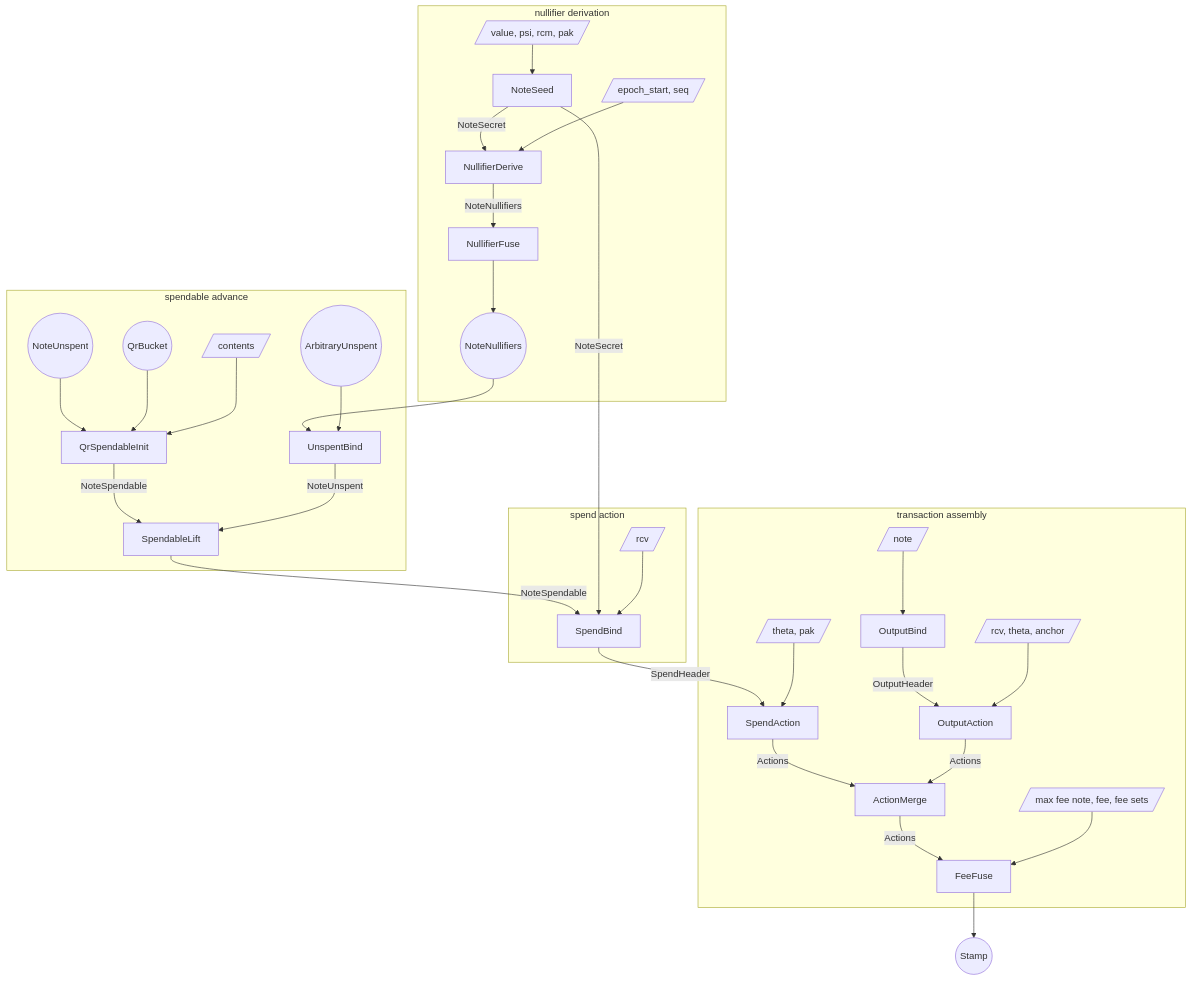
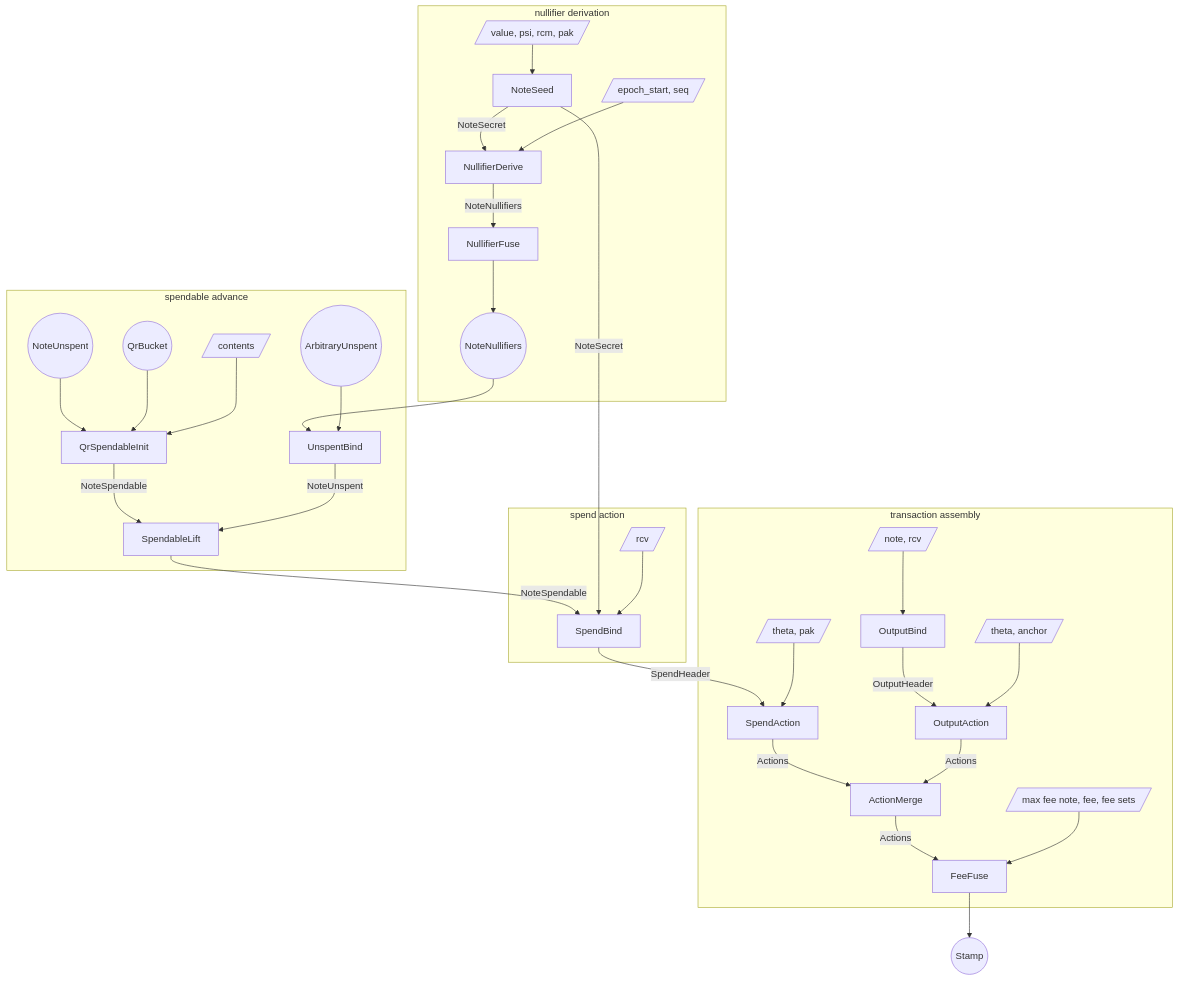
One commit to tachyon-zcash/tachyon changed the first of 3 diagrams in book/src/proof-tree.md. Above: the diagram before and after it, drawn with Mermaid. The commit also changed other lines of this file and 5 other files, not shown here.

````diff
--- a/book/src/proof-tree.md
+++ b/book/src/proof-tree.md
@@ -409,69 +409,69 @@
 ```mermaid
 flowchart TB
   subgraph derive [nullifier derivation]
     w_seed[/value, psi, rcm, pak/]
     s_seed[NoteSeed]
     w_window[/epoch_start, seq/]
     s_window[NullifierDerive]
     s_dfuse[NullifierFuse]
     nf_range((NoteNullifiers))
   end
 
   subgraph spendable [spendable advance]
     bucket_in((QrBucket))
     creation_in((NoteUnspent))
     w_init[/contents/]
     s_init[QrSpendableInit]
     unspent_in((ArbitraryUnspent))
     s_unspentbind[UnspentBind]
     s_lift[SpendableLift]
   end
 
   subgraph spend_stamp [spend action]
     w_bind[/rcv/]
     s_bind[SpendBind]
   end
 
   subgraph merge [transaction assembly]
     w_stamp[/theta, pak/]
     s_spendstamp[SpendAction]
-    w_outbind[/note/]
+    w_outbind[/note, rcv/]
     s_outbind[OutputBind]
-    w_output[/rcv, theta, anchor/]
+    w_output[/theta, anchor/]
     s_output[OutputAction]
     s_merge[ActionMerge]
     w_fee[/max fee note, fee, fee sets/]
     s_fee[FeeFuse]
   end
 
   stamp_out((Stamp))
 
   w_seed --> s_seed
   s_seed -->|NoteSecret| s_window
   w_window --> s_window
   s_window -->|NoteNullifiers| s_dfuse
   s_dfuse --> nf_range
 
   creation_in --> s_init
   bucket_in --> s_init
   w_init --> s_init
   nf_range --> s_unspentbind
   unspent_in --> s_unspentbind
   s_init -->|NoteSpendable| s_lift
   s_unspentbind -->|NoteUnspent| s_lift
   s_lift -->|NoteSpendable| s_bind
 
   s_seed -->|NoteSecret| s_bind
   w_bind --> s_bind
   s_bind -->|SpendHeader| s_spendstamp
   w_stamp --> s_spendstamp
 
   w_outbind --> s_outbind
   s_outbind -->|OutputHeader| s_output
   w_output --> s_output
   s_spendstamp -->|Actions| s_merge
   s_output -->|Actions| s_merge
   s_merge -->|Actions| s_fee
   w_fee --> s_fee
   s_fee --> stamp_out
 ```
````
